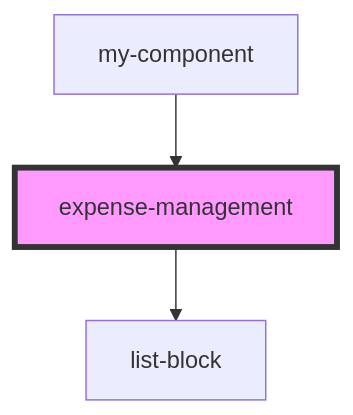
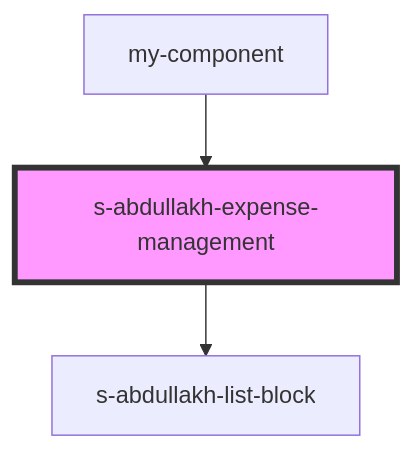
One commit to Wokh-Dada/companycards changed the diagram in src/components/res/view/s-abdullakh-expense-management/readme.md. Above: the diagram before and after it, drawn with Mermaid. The commit also changed other lines of this file and 28 other files, not shown here.

````diff
--- a/src/components/res/view/s-abdullakh-expense-management/readme.md
+++ b/src/components/res/view/s-abdullakh-expense-management/readme.md
@@ -19,6 +34,6 @@
 ```mermaid
 graph TD;
-  expense-management --> list-block
-  my-component --> expense-management
-  style expense-management fill:#f9f,stroke:#333,stroke-width:4px
+  s-abdullakh-expense-management --> s-abdullakh-list-block
+  my-component --> s-abdullakh-expense-management
+  style s-abdullakh-expense-management fill:#f9f,stroke:#333,stroke-width:4px
 ```
````
